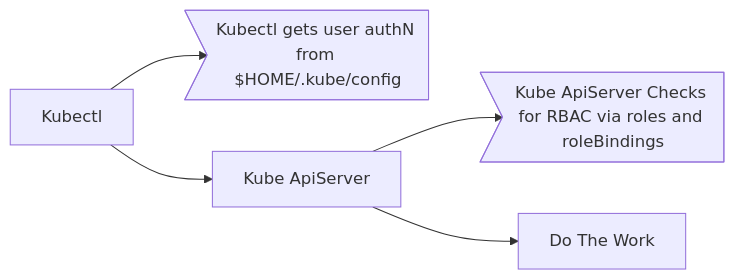
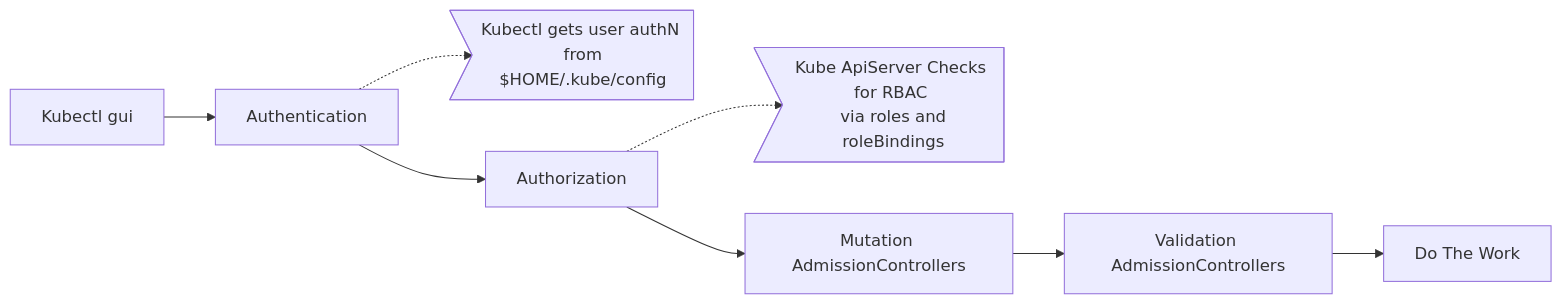
One commit to imagineLife/big-site changed the diagram in content/k8s/in-depth/admission-controllers.md. Above: the diagram before and after it, drawn with Mermaid. The commit also changed other lines of this file, not shown here.

Commit message:
more nodes describing ktl-to-object workflow

````diff
--- a/content/k8s/in-depth/admission-controllers.md
+++ b/content/k8s/in-depth/admission-controllers.md
@@ -21,15 +22,20 @@
 ```mermaid
 flowchart LR
 
-  KTL["Kubectl"]
-  KTLNOTE>"Kubectl gets user authN from $HOME/.kube/config"]
-  KUBEAPI["Kube ApiServer"]
-  AUTHZNOTE>"Kube ApiServer Checks for RBAC via roles and roleBindings"]
+  KTL["Kubectl gui"]
+  AUTHN["Authentication"]
+  AUTHNOTE>"Kubectl gets user authN \n from $HOME/.kube/config"]
+  AUTHZ["Authorization"]
+  AUTHZNOTE>"Kube ApiServer Checks for RBAC \n via roles and roleBindings"]
   WRK["Do The Work"]
+  MTC["Mutation AdmissionControllers"]
+  VDC["Validation AdmissionControllers"]
 
-  KTL --> KUBEAPI
-  KTL --> KTLNOTE
-  
-  KUBEAPI --> AUTHZNOTE
-  KUBEAPI --> WRK
+  KTL --> AUTHN
+  AUTHN -.-> AUTHNOTE
+  AUTHN --> AUTHZ
+  AUTHZ -.-> AUTHZNOTE
+  AUTHZ --> MTC
+  MTC --> VDC
+  VDC --> WRK
 ```
````
